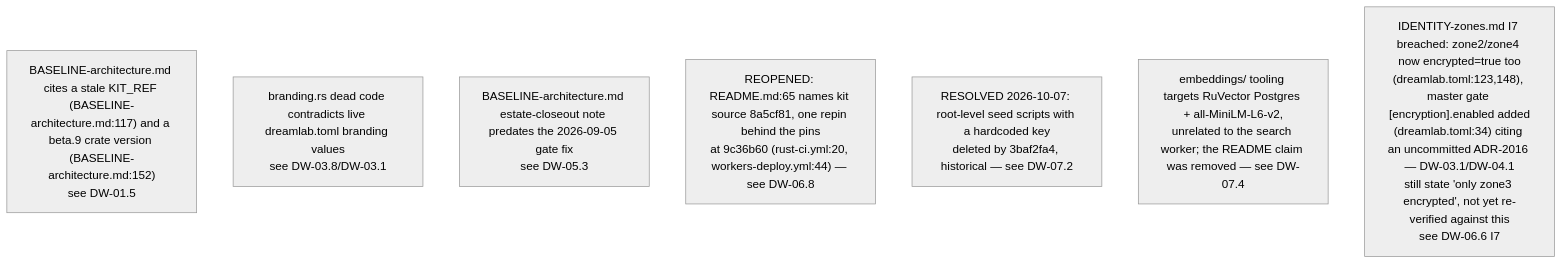
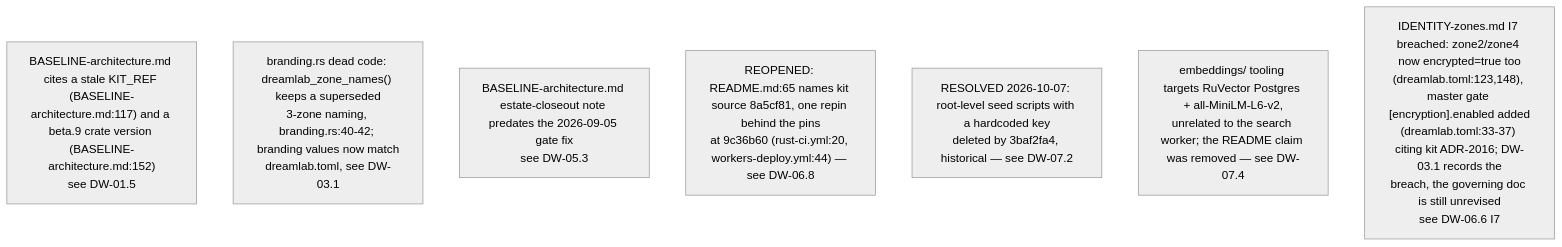
One commit to DreamLab-AI/VisionFlow changed the sixth of 7 diagrams in docs/diagrams/dreamlab-ai-website/06-content-pipeline-and-invariants-register.md. Above: the diagram before and after it, drawn with Mermaid (neutral theme). The commit also changed other lines of this file and 91 other files, not shown here.

````diff
--- a/docs/diagrams/dreamlab-ai-website/06-content-pipeline-and-invariants-register.md
+++ b/docs/diagrams/dreamlab-ai-website/06-content-pipeline-and-invariants-register.md
@@ -122,10 +124,10 @@
 ```mermaid
 flowchart TB
     D9["BASELINE-architecture.md cites a stale KIT_REF (BASELINE-architecture.md:117) and a beta.9 crate version (BASELINE-architecture.md:152)<br/>see DW-01.5"]
-    D10["branding.rs dead code contradicts live dreamlab.toml branding values<br/>see DW-03.8/DW-03.1"]
+    D10["branding.rs dead code: dreamlab_zone_names() keeps a superseded<br/>3-zone naming, branding.rs:40-42; branding values now match<br/>dreamlab.toml, see DW-03.1"]
     D11["BASELINE-architecture.md estate-closeout note predates the 2026-09-05 gate fix<br/>see DW-05.3"]
     D12["REOPENED: README.md:65 names kit source 8a5cf81, one repin behind the pins<br/>at 9c36b60 (rust-ci.yml:20, workers-deploy.yml:44) — see DW-06.8"]
     D13["RESOLVED 2026-10-07: root-level seed scripts with a hardcoded key<br/>deleted by 3baf2fa4, historical — see DW-07.2"]
     D14["embeddings/ tooling targets RuVector Postgres + all-MiniLM-L6-v2,<br/>unrelated to the search worker; the README claim was removed — see DW-07.4"]
-    D15["IDENTITY-zones.md I7 breached: zone2/zone4 now encrypted=true too<br/>(dreamlab.toml:123,148), master gate [encryption].enabled added<br/>(dreamlab.toml:34) citing an uncommitted ADR-2016 — DW-03.1/DW-04.1<br/>still state 'only zone3 encrypted', not yet re-verified against this<br/>see DW-06.6 I7"]
+    D15["IDENTITY-zones.md I7 breached: zone2/zone4 now encrypted=true too<br/>(dreamlab.toml:123,148), master gate [encryption].enabled added<br/>(dreamlab.toml:33-37) citing kit ADR-2016; DW-03.1 records the<br/>breach, the governing doc is still unrevised<br/>see DW-06.6 I7"]
 ```
````
